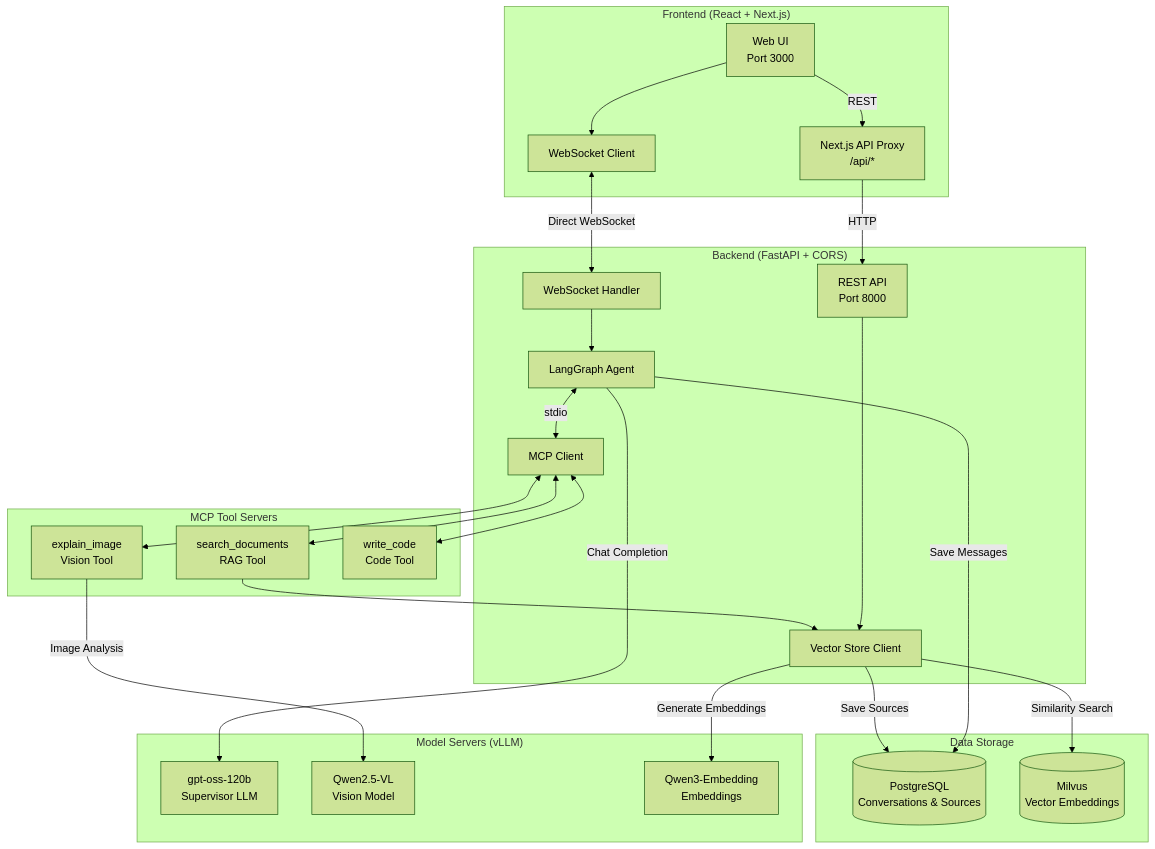
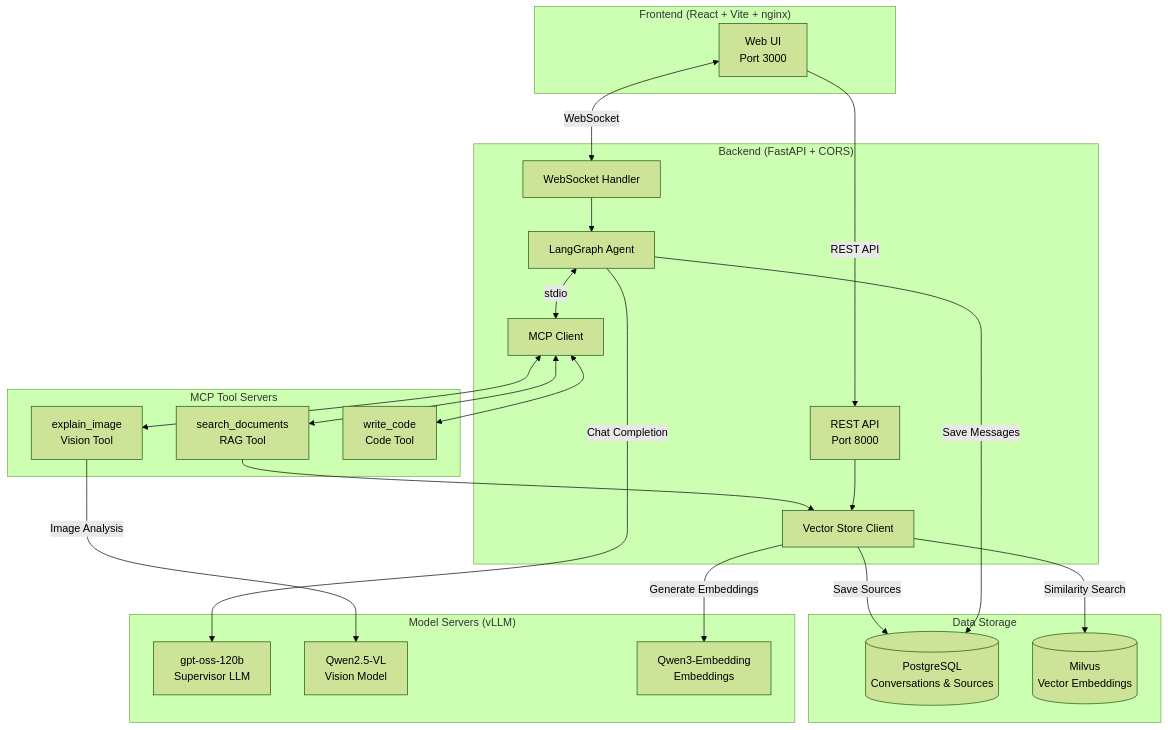
The first of 3 diagrams in README.md (devgig/rag-agent-chatbot), drawn with Mermaid (forest theme) before and after one commit. The commit also changed other lines of this file and 19 other files, not shown here.

First line of the commit message:
Migrate frontend from Next.js to Vite

````diff
--- a/README.md
+++ b/README.md
@@ -33,55 +33,51 @@
 ```mermaid
 flowchart TB
-    subgraph Frontend["Frontend (React + Next.js)"]
+    subgraph Frontend["Frontend (React + Vite + nginx)"]
         UI[Web UI<br/>Port 3000]
-        Proxy[Next.js API Proxy<br/>/api/*]
-        WS[WebSocket Client]
     end
 
     subgraph Backend["Backend (FastAPI + CORS)"]
         API[REST API<br/>Port 8000]
         WSHandler[WebSocket Handler]
         Agent[LangGraph Agent]
         VectorStore[Vector Store Client]
         MCPClient[MCP Client]
     end
 
     subgraph MCPServers["MCP Tool Servers"]
         RAG[search_documents<br/>RAG Tool]
         Vision[explain_image<br/>Vision Tool]
         Code[write_code<br/>Code Tool]
     end
 
     subgraph Storage["Data Storage"]
         Postgres[(PostgreSQL<br/>Conversations & Sources)]
         Milvus[(Milvus<br/>Vector Embeddings)]
     end
 
     subgraph Models["Model Servers (vLLM)"]
         LLM[gpt-oss-120b<br/>Supervisor LLM]
         VLM[Qwen2.5-VL<br/>Vision Model]
         Embed[Qwen3-Embedding<br/>Embeddings]
     end
 
-    UI -->|REST| Proxy
-    Proxy -->|HTTP| API
-    UI --> WS
-    WS <-->|Direct WebSocket| WSHandler
+    UI -->|REST API| API
+    UI <-->|WebSocket| WSHandler
 
     WSHandler --> Agent
     API --> VectorStore
 
     Agent <-->|stdio| MCPClient
     MCPClient <--> RAG
     MCPClient <--> Vision
     MCPClient <--> Code
 
     Agent -->|Chat Completion| LLM
     Vision -->|Image Analysis| VLM
     RAG --> VectorStore
     VectorStore -->|Similarity Search| Milvus
     VectorStore -->|Generate Embeddings| Embed
 
     Agent -->|Save Messages| Postgres
     VectorStore -->|Save Sources| Postgres
 ```
````
